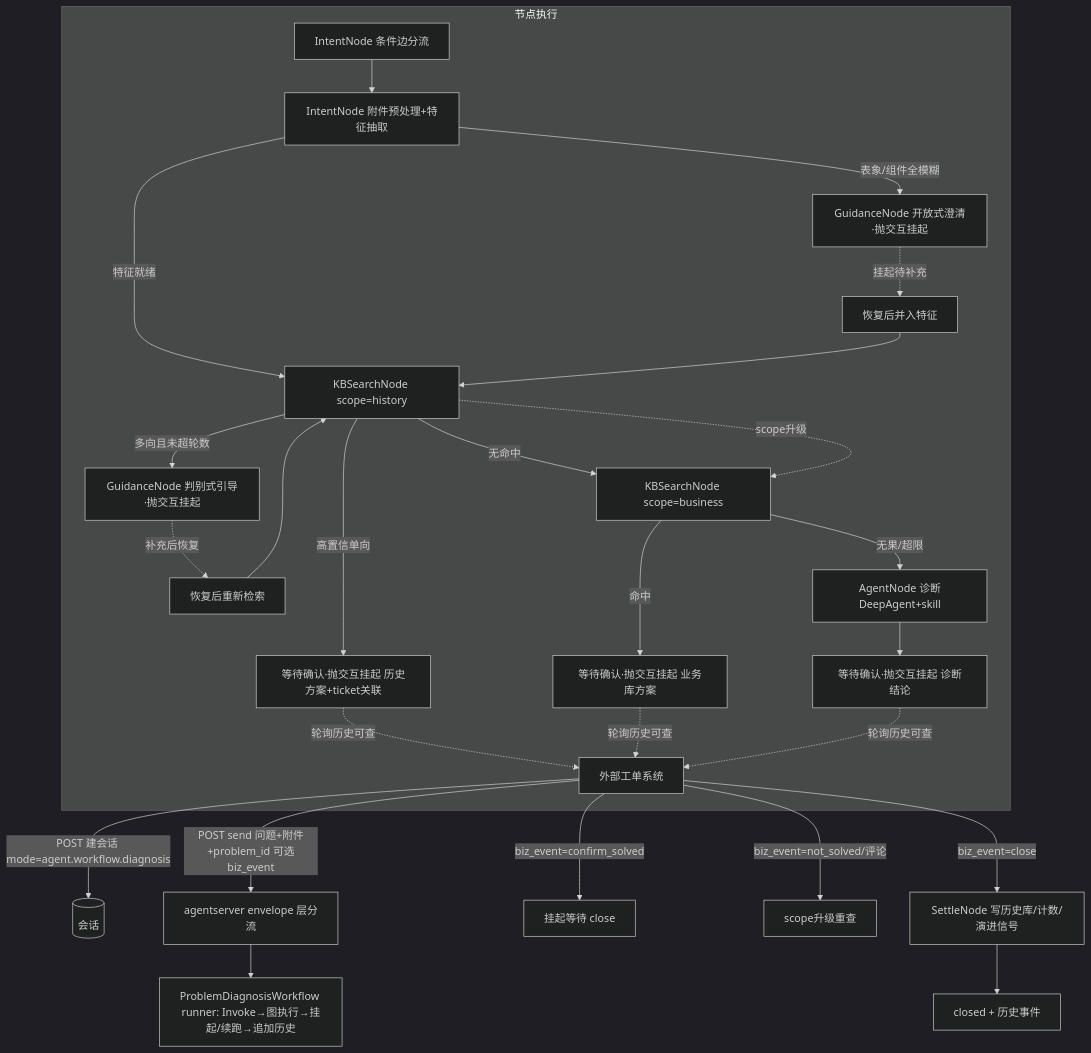
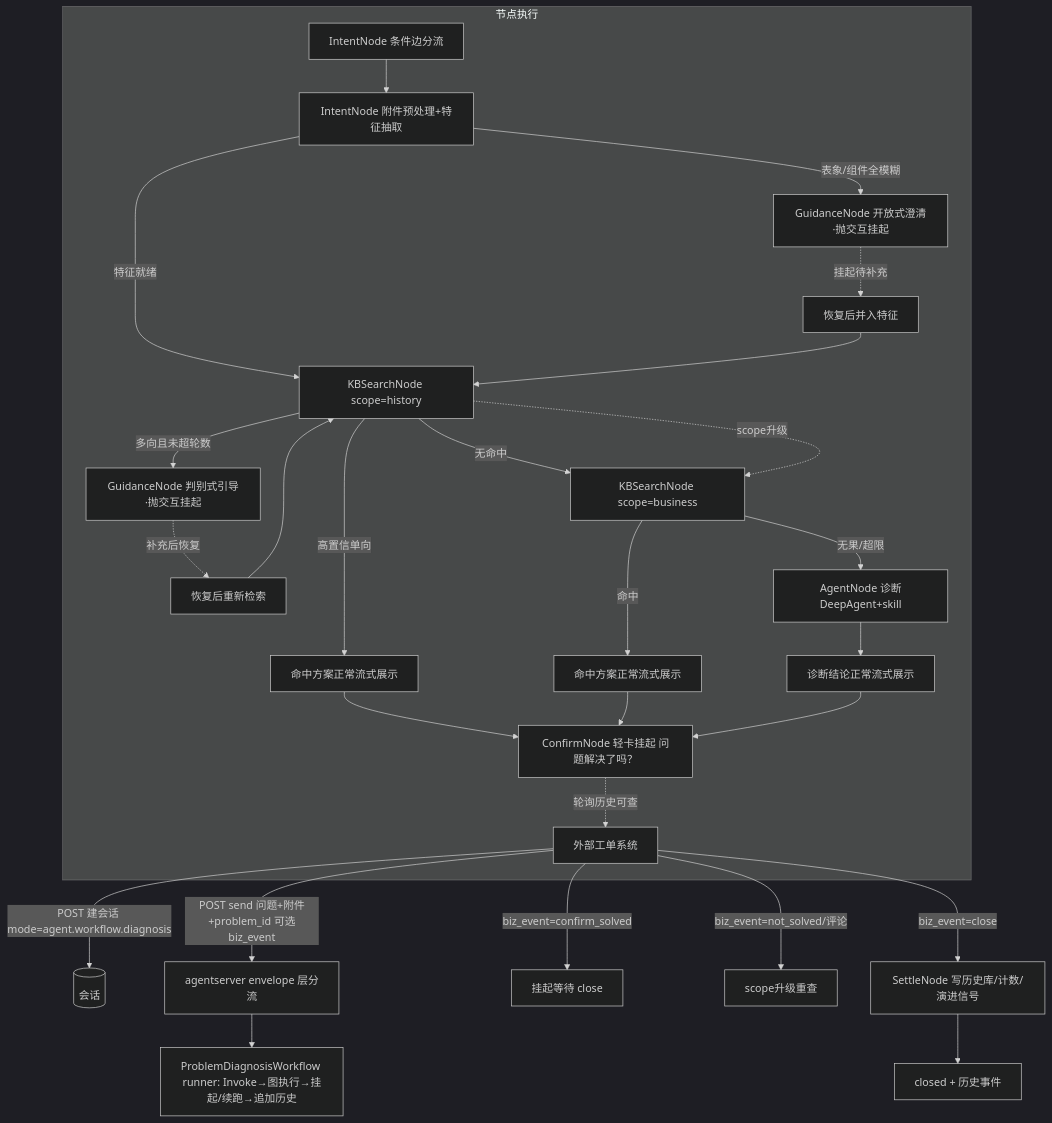
One commit to CrazyLichen/uapclaw-go changed the diagram in docs/superpowers/specs/2026-11-26-ticket-workflow-design.md. Above: the diagram before and after it, drawn with Mermaid (dark theme). The commit also changed other lines of this file, not shown here.

Commit message:
docs(spec): ConfirmNode 定为 KB 命中与 Agent 诊断两路径的统一确认节点——KBSearchNode 命中方案同样正常流式展示后汇入轻卡挂起

````diff
--- a/docs/superpowers/specs/2026-11-26-ticket-workflow-design.md
+++ b/docs/superpowers/specs/2026-11-26-ticket-workflow-design.md
@@ -176,29 +176,30 @@
 ```mermaid
 flowchart TD
     EXT[外部工单系统] -->|POST 建会话 mode=agent.workflow.diagnosis| SES[(会话)]
     EXT -->|POST send 问题+附件+problem_id 可选biz_event| AS[agentserver envelope 层分流]
     AS --> WF[ProblemDiagnosisWorkflow runner: Invoke→图执行→挂起/续跑→追加历史]
 
     subgraph 节点执行
         R[IntentNode 条件边分流] --> I[IntentNode 附件预处理+特征抽取]
         I -->|表象/组件全模糊| G1[GuidanceNode 开放式澄清·抛交互挂起]
         I -->|特征就绪| K[KBSearchNode scope=history]
         G1 -.挂起待补充.-> G1R[恢复后并入特征]
         G1R --> K
-        K -->|高置信单向| WC1[等待确认·抛交互挂起 历史方案+ticket关联]
+        K -->|高置信单向| WC1[命中方案正常流式展示]
         K -->|多向且未超轮数| G2[GuidanceNode 判别式引导·抛交互挂起]
         G2 -.补充后恢复.-> G2R[恢复后重新检索]
         G2R --> K
         K -->|无命中| K2[KBSearchNode scope=business]
         K -.scope升级.-> K2
-        K2 -->|命中| WC2[等待确认·抛交互挂起 业务库方案]
+        K2 -->|命中| WC2[命中方案正常流式展示]
         K2 -->|无果/超限| A[AgentNode 诊断DeepAgent+skill]
-        A --> WC3[等待确认·抛交互挂起 诊断结论]
-        WC1 & WC2 & WC3 -.轮询历史可查.-> EXT
+        A --> WC3[诊断结论正常流式展示]
+        WC1 & WC2 & WC3 --> C[ConfirmNode 轻卡挂起 问题解决了吗？]
+        C -.轮询历史可查.-> EXT
     end
 
     EXT -->|biz_event=confirm_solved| PEND[挂起等待 close]
     EXT -->|biz_event=not_solved/评论| UP[scope升级重查]
     EXT -->|biz_event=close| S[SettleNode 写历史库/计数/演进信号]
     S --> CL[closed + 历史事件]
 ```
````
